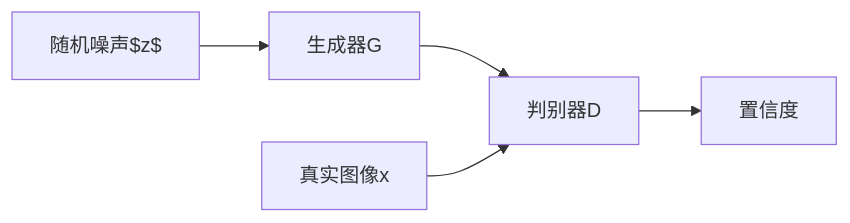
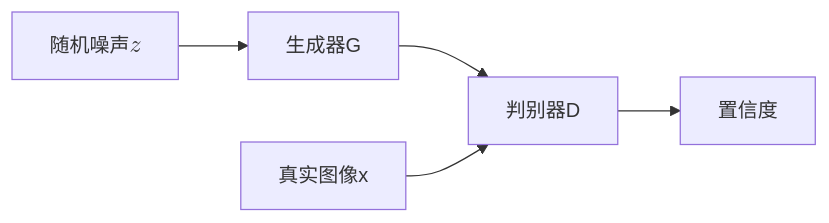
One commit to Edlinf/Edlinf.github.io changed the diagram in _posts/2025-06-09-f-AnoGAN的前世今生.md. Above: the diagram before and after it, drawn with Mermaid.

````diff
--- a/_posts/2025-06-09-f-AnoGAN的前世今生.md
+++ b/_posts/2025-06-09-f-AnoGAN的前世今生.md
@@ -24,7 +24,7 @@
 ```mermaid
 graph LR
-    A[随机噪声$z$] --> B[生成器G]
+    A[随机噪声$$z$$] --> B[生成器G]
     B --> C[判别器D]
     D[真实图像x] --> C
     C --> E[置信度]
 ```
````
